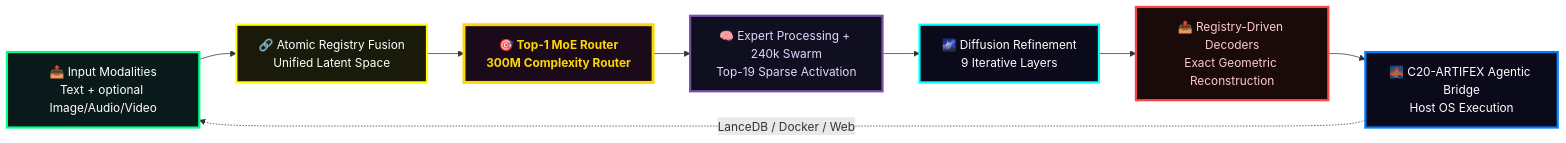
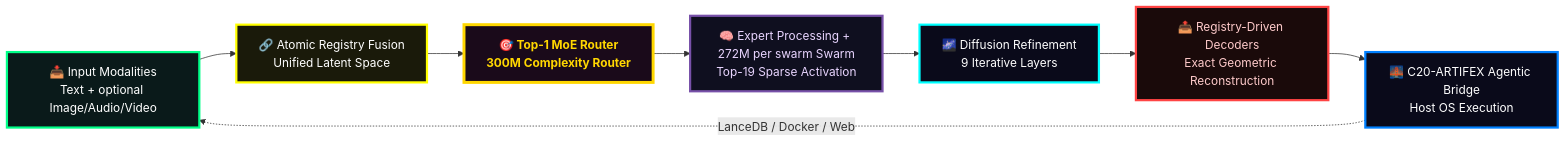
Before and after one commit to leeex1/Quillan-Ronin: the seventh of 46 diagrams in 02 - Knowledge Foundation/Quillan Knowledge files/3-Quillan(reality).md, drawn with Mermaid. The commit also changed other lines of this file and 643 other files, not shown here.

````diff
--- a/02 - Knowledge Foundation/Quillan Knowledge files/3-Quillan(reality).md
+++ b/02 - Knowledge Foundation/Quillan Knowledge files/3-Quillan(reality).md
@@ -2332,40 +2332,40 @@
 ```mermaid
 flowchart LR
     %% TOKEN FLOW v5.4.0-ONI – Bridge Integrated
     A["📥 Input Modalities<br/>Text + optional Image/Audio/Video"] 
     --> B["🔗 Atomic Registry Fusion<br/>Unified Latent Space"]
     
     B 
     --> C["🎯 Top-1 MoE Router<br/>300M Complexity Router"]
     
     C 
-    --> D["🧠 Expert Processing + 240k Swarm<br/>Top-19 Sparse Activation"]
+    --> D["🧠 Expert Processing + 272M per swarm Swarm<br/>Top-19 Sparse Activation"]
     
     D 
     --> E["🌌 Diffusion Refinement<br/>9 Iterative Layers"]
     
     E 
     --> F["📤 Registry-Driven Decoders<br/>Exact Geometric Reconstruction"]
 
     F 
     --> G["🌉 C20-ARTIFEX Agentic Bridge<br/>Host OS Execution"]
 
     G -.->|"LanceDB / Docker / Web"| A
 
     %% Styling – clean, professional, matches the rest of the architecture
     classDef input   fill:#0a1a1a, stroke:#00ff88, stroke-width:3px, color:#ffffff
     classDef fusion  fill:#1a1a0a, stroke:#ffff00, stroke-width:3px, color:#ffffff
     classDef router  fill:#1a0a1a, stroke:#ffd700, stroke-width:4px, color:#ffd700, font-weight:bold
     classDef expert  fill:#0f0f1f, stroke:#7851a9, stroke-width:3px, color:#e9d5ff
     classDef diff    fill:#0a0a1a, stroke:#00ffff, stroke-width:3px, color:#ffffff
     classDef output  fill:#1a0a0a, stroke:#ff4444, stroke-width:3px, color:#fecaca
     classDef bridge  fill:#0a0a1a, stroke:#0080ff, stroke-width:3px, color:#ffffff
 
     class A input
     class B fusion
     class C router
     class D expert
     class E diff
     class F output
     class G bridge
 ```
````
